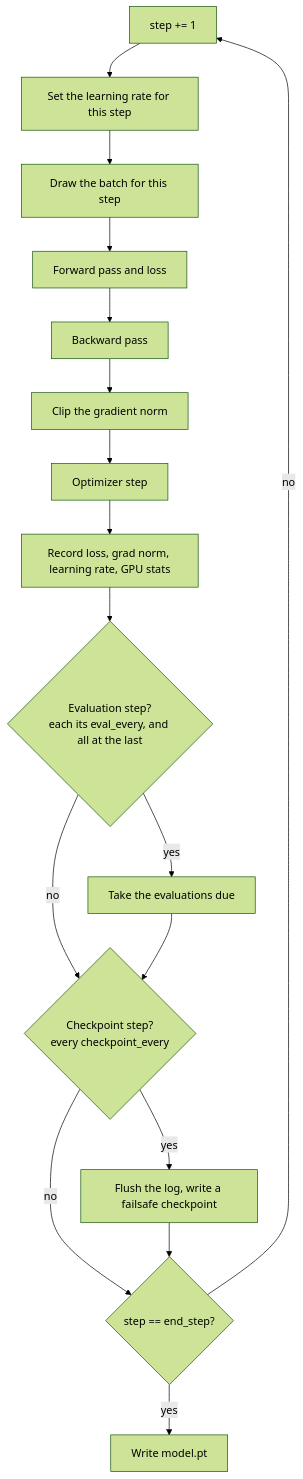
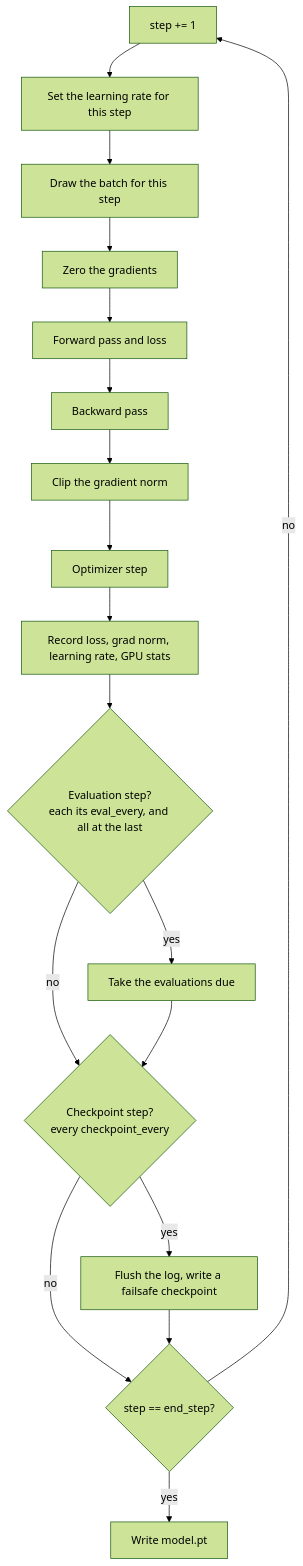
Before and after one commit to ocanphys/launchpad: the third of 4 diagrams in docs/training.md, drawn with Mermaid (forest theme). The commit also changed other lines of this file and 5 other files, not shown here.

Commit message:
pretraining: BlockGradNorm evaluation; zero the gradients before the forward pass

````diff
--- a/docs/training.md
+++ b/docs/training.md
@@ -194,19 +194,20 @@
 ```mermaid
 flowchart TD
   A["step += 1"] --> B["Set the learning rate for this step"]
   B --> C["Draw the batch for this step"]
-  C --> D["Forward pass and loss"]
+  C --> Z["Zero the gradients"]
+  Z --> D["Forward pass and loss"]
   D --> E["Backward pass"]
   E --> G["Clip the gradient norm"]
   G --> H["Optimizer step"]
   H --> I["Record loss, grad norm, learning rate, GPU stats"]
   I --> V{"Evaluation step?<br/>each its eval_every, and all at the last"}
   V -->|yes| EV["Take the evaluations due"]
   V -->|no| K
   EV --> K{"Checkpoint step?<br/>every checkpoint_every"}
   K -->|yes| FS["Flush the log, write a failsafe checkpoint"]
   K -->|no| N{"step == end_step?"}
   FS --> N
   N -->|no| A
   N -->|yes| M["Write model.pt"]
 ```
````
